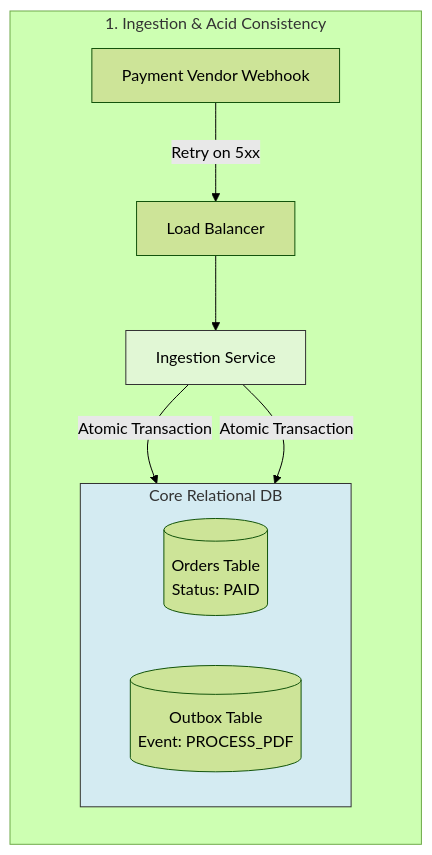
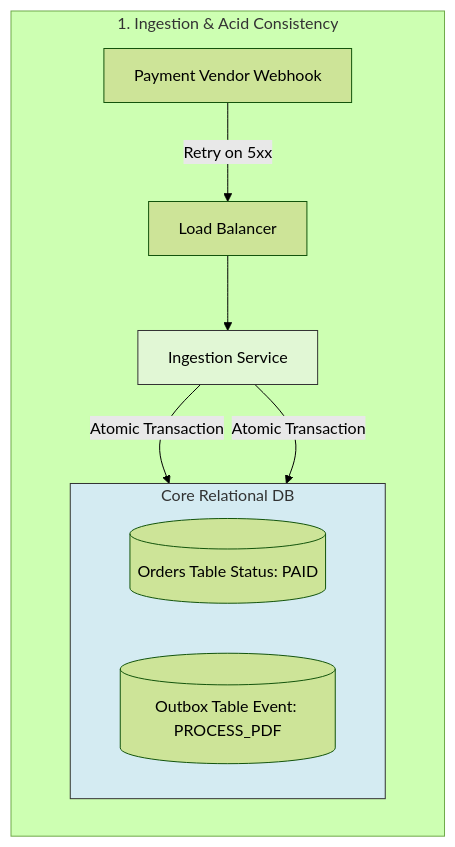
Before and after one commit to Chandra179/atlas: the first of 5 diagrams in blog/astro/src/content/docs/pdf-generation.md, drawn with Mermaid (forest theme). The commit also changed 1 other file, not shown here.

````diff
--- a/blog/astro/src/content/docs/pdf-generation.md
+++ b/blog/astro/src/content/docs/pdf-generation.md
@@ -33,23 +33,23 @@
 ```mermaid width=70%
 graph TD
     subgraph Ingestion_Tier [1. Ingestion & Acid Consistency]
         direction TB
         Vendor[Payment Vendor Webhook] -->|Retry on 5xx| LB[Load Balancer]
         LB --> Ingestion[Ingestion Service]
 
         subgraph DB [Core Relational DB]
             direction LR
-            Orders[("Orders Table<br/>Status: PAID")]
-            Outbox[("Outbox Table<br/>Event: PROCESS_PDF")]
+            Orders[("Orders Table Status: PAID")]
+            Outbox[("Outbox Table Event: PROCESS_PDF")]
         end
 
         Ingestion -->|Atomic Transaction| Orders
         Ingestion -->|Atomic Transaction| Outbox
     end
 
     classDef storage fill:#d4ebf2,stroke:#333,stroke-width:1px;
     classDef logic fill:#e1f7d5,stroke:#333,stroke-width:1px;
 
     class DB storage;
     class Ingestion logic;
 ```
````
